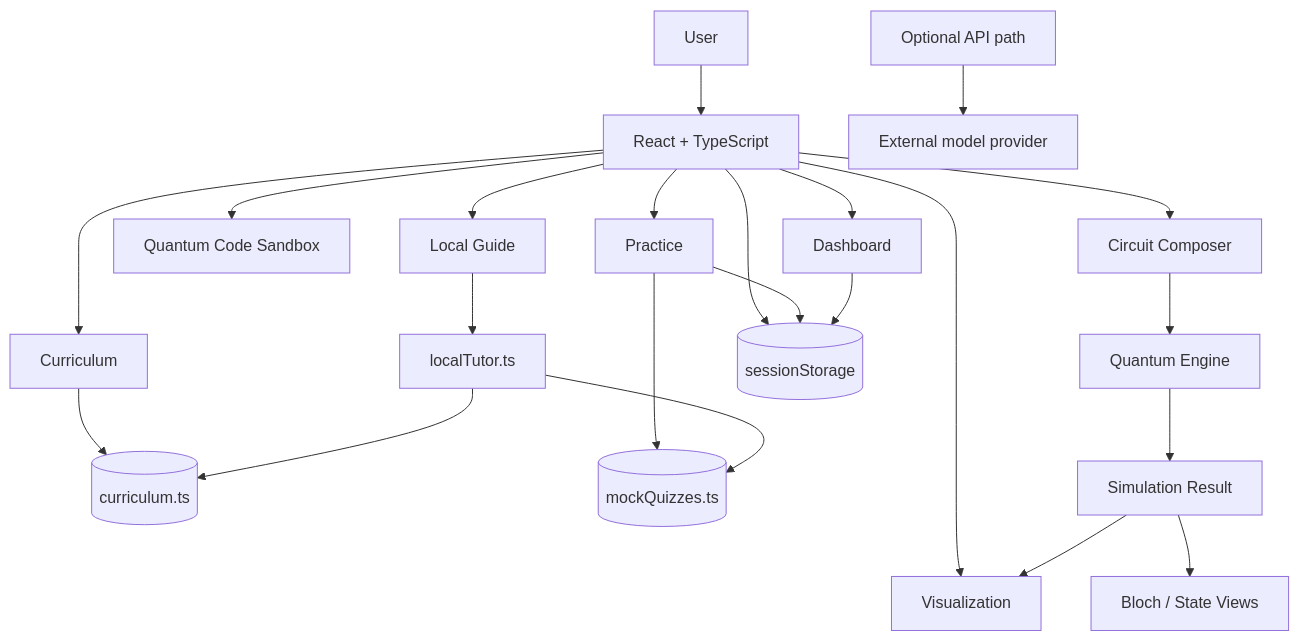
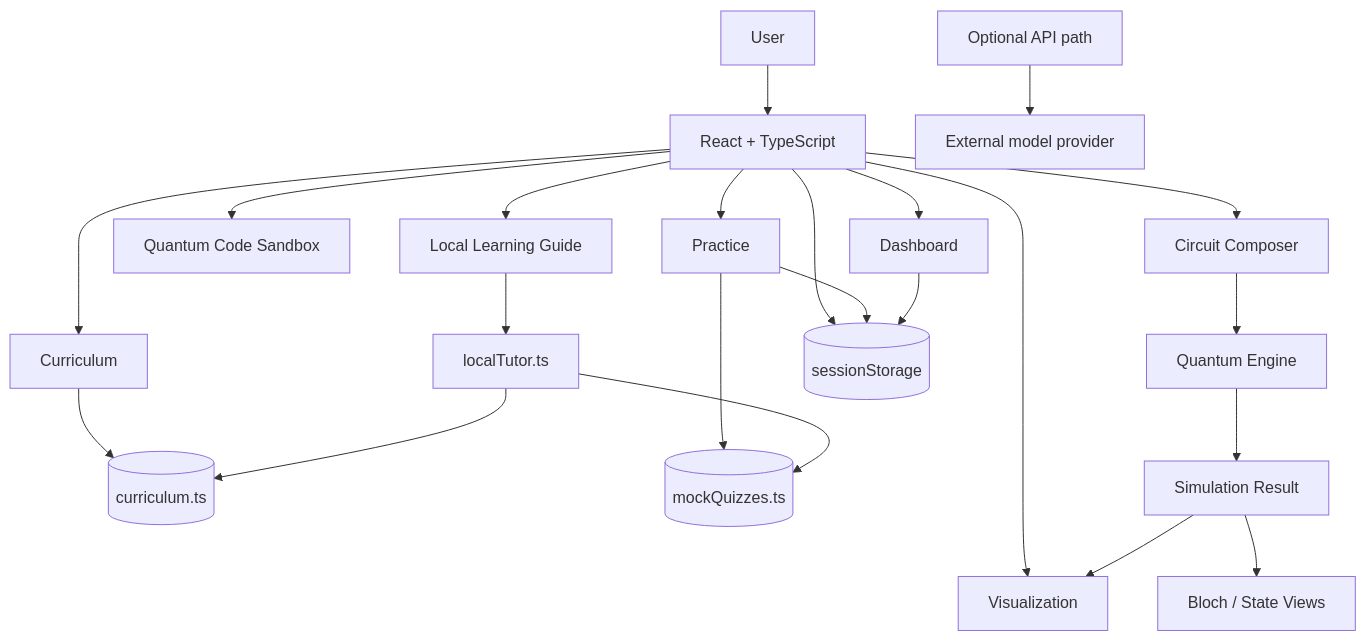
The second of 5 diagrams in README.md (chamanvashishth/Qubit_Lab), drawn with Mermaid before and after one commit. The commit also changed other lines of this file, not shown here.

````diff
--- a/README.md
+++ b/README.md
@@ -242,30 +204,30 @@
 ```mermaid
 flowchart TB
     USER[User] --> APP[React + TypeScript]
 
     APP --> CUR[Curriculum]
     APP --> CIR[Circuit Composer]
     APP --> VIS[Visualization]
     APP --> SANDBOX[Quantum Code Sandbox]
     APP --> QUIZ[Practice]
     APP --> DASH[Dashboard]
-    APP --> GUIDE[Local Guide]
+    APP --> GUIDE[Local Learning Guide]
 
     CUR --> CDATA[(curriculum.ts)]
     QUIZ --> QDATA[(mockQuizzes.ts)]
 
     CIR --> ENGINE[Quantum Engine]
     ENGINE --> RESULT[Simulation Result]
     RESULT --> VIS
     RESULT --> BLOCH[Bloch / State Views]
 
     GUIDE --> LOCAL[localTutor.ts]
     LOCAL --> CDATA
     LOCAL --> QDATA
 
     APP --> SESSION[(sessionStorage)]
     QUIZ --> SESSION
     DASH --> SESSION
 
     OPTIONAL[Optional API path] --> PROVIDER[External model provider]
 ```
````
